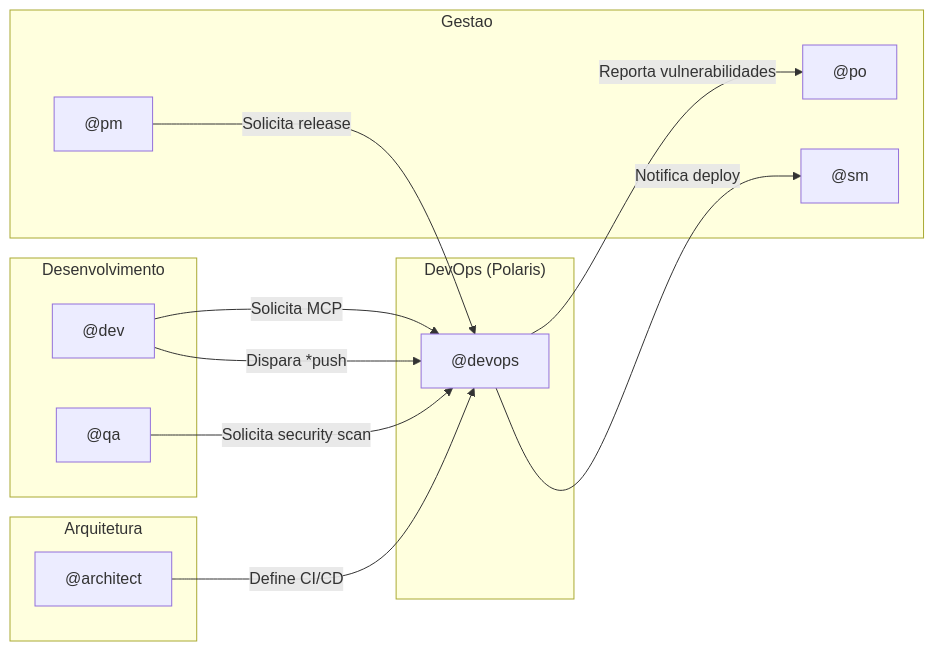
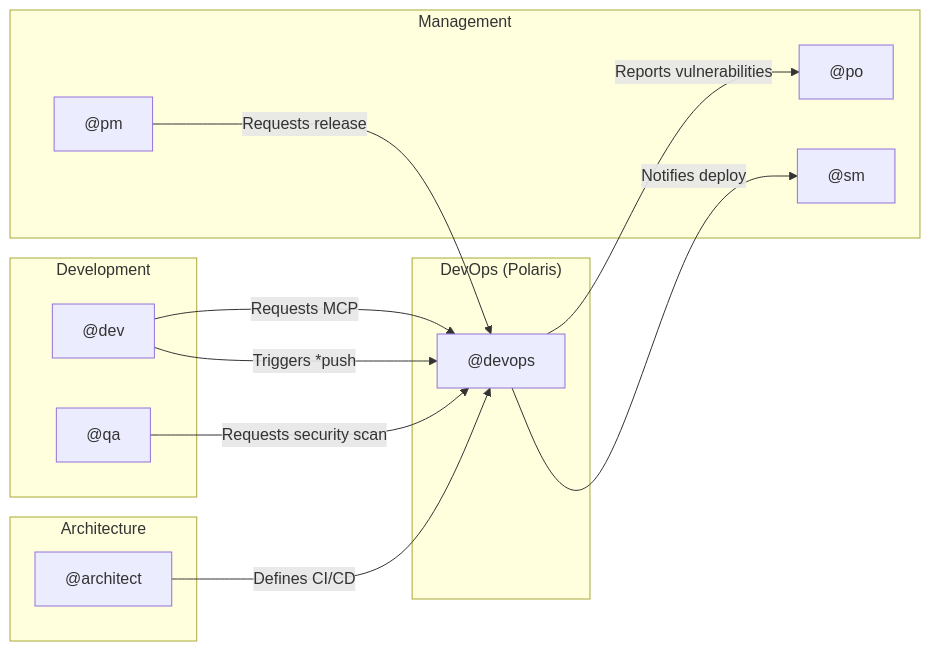
Before and after one commit to CyryxLabs/AEXOS: the seventh of 7 diagrams in docs/aexos-agent-flows/devops-system.md, drawn with Mermaid. The commit also changed other lines of this file and 528 other files, not shown here.

````diff
--- a/docs/aexos-agent-flows/devops-system.md
+++ b/docs/aexos-agent-flows/devops-system.md
@@ -320,29 +320,29 @@
 ```mermaid
 flowchart LR
     subgraph "DevOps (Polaris)"
         DEVOPS["@devops"]
     end
 
-    subgraph "Desenvolvimento"
+    subgraph "Development"
         DEV["@dev"]
         QA["@qa"]
     end
 
-    subgraph "Gestao"
+    subgraph "Management"
         PM["@pm"]
         PO["@po"]
         SM["@sm"]
     end
 
-    subgraph "Arquitetura"
+    subgraph "Architecture"
         ARCH["@architect"]
     end
 
-    DEV -->|"Solicita MCP"| DEVOPS
-    DEV -->|"Dispara *push"| DEVOPS
-    QA -->|"Solicita security scan"| DEVOPS
-    PM -->|"Solicita release"| DEVOPS
-    ARCH -->|"Define CI/CD"| DEVOPS
-    DEVOPS -->|"Notifica deploy"| SM
-    DEVOPS -->|"Reporta vulnerabilidades"| PO
+    DEV -->|"Requests MCP"| DEVOPS
+    DEV -->|"Triggers *push"| DEVOPS
+    QA -->|"Requests security scan"| DEVOPS
+    PM -->|"Requests release"| DEVOPS
+    ARCH -->|"Defines CI/CD"| DEVOPS
+    DEVOPS -->|"Notifies deploy"| SM
+    DEVOPS -->|"Reports vulnerabilities"| PO
 ```
````
